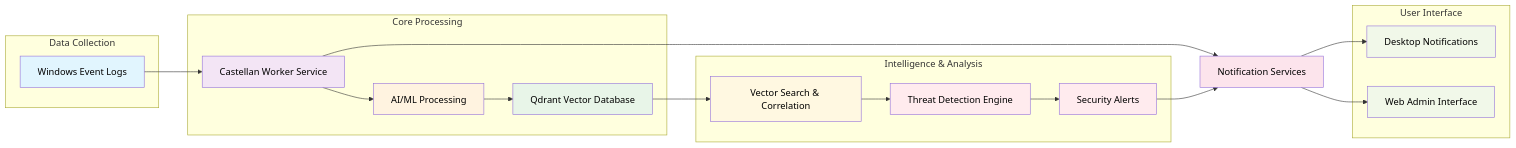
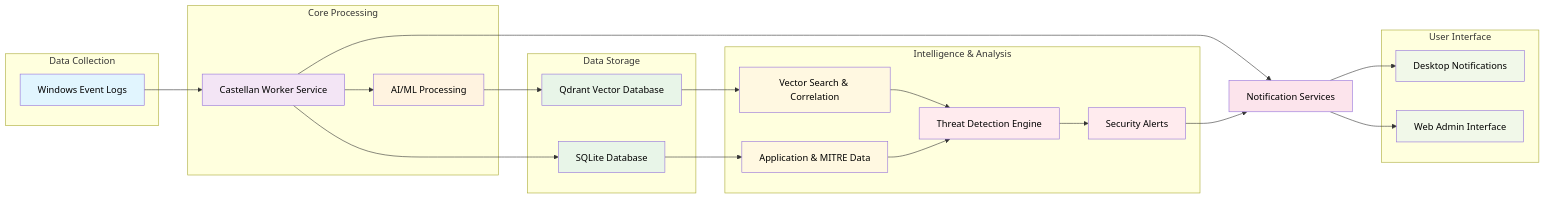
Before and after one commit to MLidstrom/Castellan: the diagram in README.md, drawn with Mermaid. The commit also changed other lines of this file and 20 other files, not shown here.

First line of the commit message:
Implement automatic MITRE ATT&CK data integration

````diff
--- a/README.md
+++ b/README.md
@@ -50,45 +51,55 @@
 ```mermaid
 flowchart LR
     A[Windows Event Logs] --> B[Castellan Worker Service]
     B --> C[AI/ML Processing]
     C --> D[Qdrant Vector Database]
+    B --> K[SQLite Database]
     B --> E[Notification Services]
     E --> F[Desktop Notifications]
     E --> G[Web Admin Interface]
     D --> H[Vector Search & Correlation]
+    K --> L[Application & MITRE Data]
     H --> I[Threat Detection Engine]
     I --> J[Security Alerts]
     J --> E
+    L --> I
     
     subgraph "Data Collection"
         A
     end
     
     subgraph "Core Processing"
         B
         C
+    end
+    
+    subgraph "Data Storage"
         D
+        K
     end
     
     subgraph "Intelligence & Analysis"
         H
+        L
         I
         J
     end
     
     subgraph "User Interface"
         F
         G
     end
     
     style A fill:#e1f5fe,color:#000
     style B fill:#f3e5f5,color:#000
     style C fill:#fff3e0,color:#000
     style D fill:#e8f5e8,color:#000
+    style K fill:#e8f5e8,color:#000
     style E fill:#fce4ec,color:#000
     style F fill:#f1f8e9,color:#000
     style G fill:#f1f8e9,color:#000
     style H fill:#fff8e1,color:#000
+    style L fill:#fff8e1,color:#000
     style I fill:#ffebee,color:#000
     style J fill:#ffebee,color:#000
 ```
````
